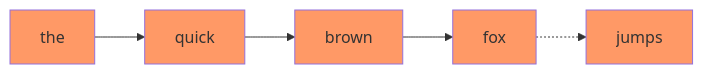
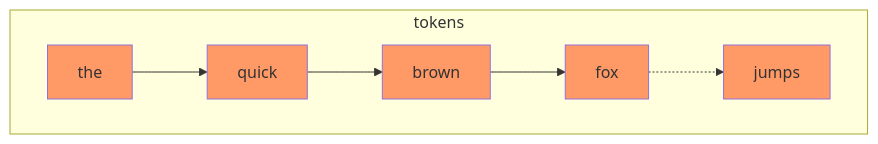
One commit to mapariel/transformers changed the first of 3 diagrams in README.md. Above: the diagram before and after it, drawn with Mermaid. The commit also changed other lines of this file, not shown here.

````diff
--- a/README.md
+++ b/README.md
@@ -10,5 +10,7 @@
 ```mermaid
-flowchart LR;
+flowchart TB;
+    subgraph tokens;
     the:::word-->quick:::word-->brown:::word-->fox:::word-.->jumps:::word;
+    end;    
     classDef word fill:#f96;
 ```
````
